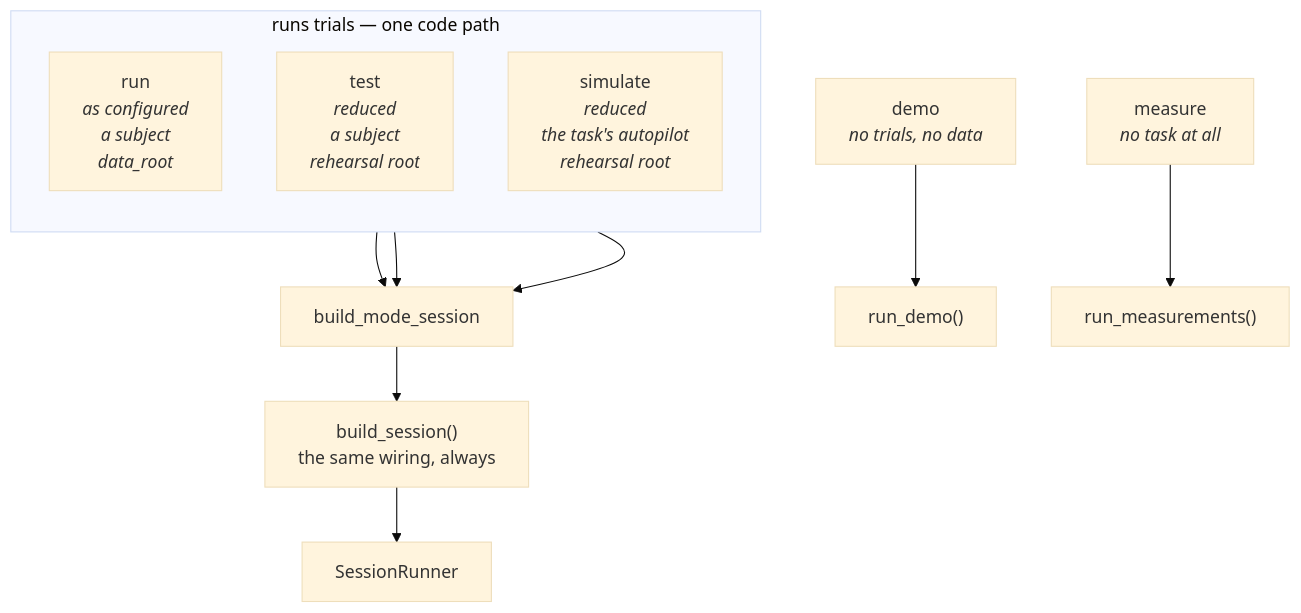
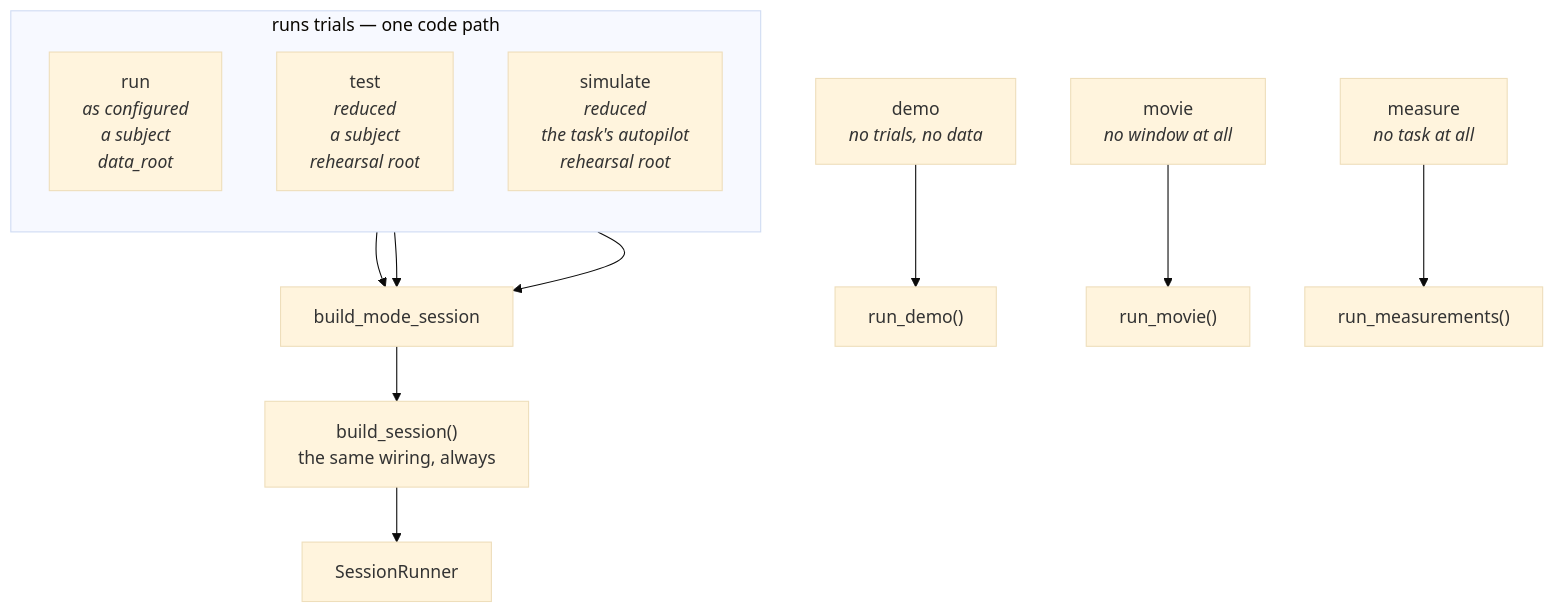
One commit to sh4r11f/alhazen changed the second of 2 diagrams in docs/modes.md. Above: the diagram before and after it, drawn with Mermaid (base theme). The commit also changed other lines of this file and 22 other files, not shown here.

````diff
--- a/docs/modes.md
+++ b/docs/modes.md
@@ -28,17 +76,18 @@
 ```mermaid
 flowchart TB
     subgraph trials["runs trials — one code path"]
         direction TB
         R["run<br/><i>as configured<br/>a subject<br/>data_root</i>"]
         T["test<br/><i>reduced<br/>a subject<br/>rehearsal root</i>"]
         S["simulate<br/><i>reduced<br/>the task's autopilot<br/>rehearsal root</i>"]
     end
     R --> BMS[build_mode_session]
     T --> BMS
     S --> BMS
     BMS --> BS["build_session()<br/>the same wiring, always"]
     BS --> RUN[SessionRunner]
 
     D["demo<br/><i>no trials, no data</i>"] --> RD["run_demo()"]
+    MV["movie<br/><i>no window at all</i>"] --> RMV["run_movie()"]
     M["measure<br/><i>no task at all</i>"] --> RM["run_measurements()"]
 ```
````
